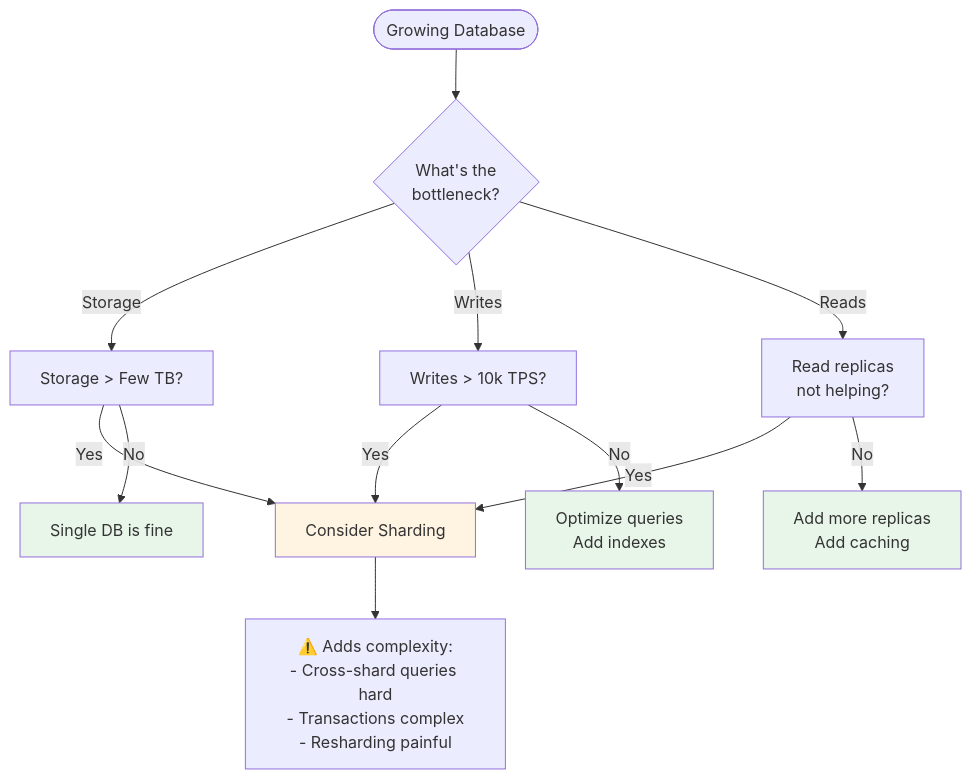
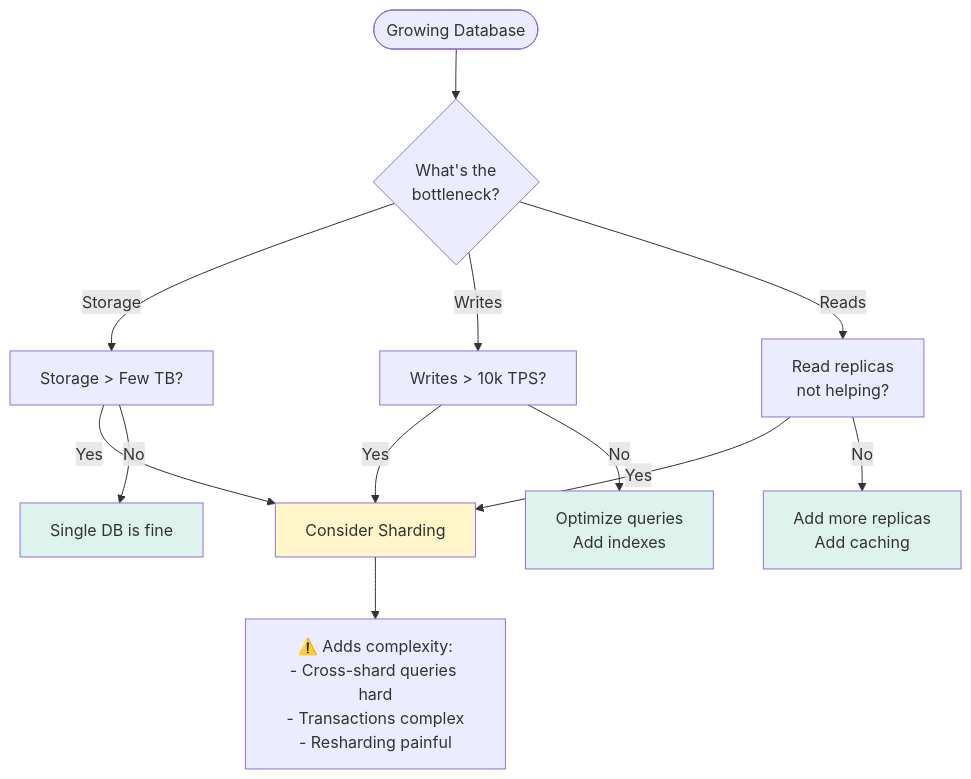
One commit to cartmancodes/InterviewVault changed diagram 15 of 34 in LLD/CoreConcepts/CoreConcepts.md. Above: the diagram before and after it, drawn with Mermaid. The commit also changed other lines of this file and 679 other files, not shown here.

Commit message:
Unify content diagrams and add accessible visual walkthroughs

````diff
--- a/LLD/CoreConcepts/CoreConcepts.md
+++ b/LLD/CoreConcepts/CoreConcepts.md
@@ -547,25 +547,25 @@
 ```mermaid
 graph TB
     Start([Growing Database])
     
     Start --> Q1{What's the<br/>bottleneck?}
     
     Q1 -->|Storage| S1[Storage > Few TB?]
     Q1 -->|Writes| W1[Writes > 10k TPS?]
     Q1 -->|Reads| R1[Read replicas<br/>not helping?]
     
     S1 -->|Yes| SHARD[Consider Sharding]
     W1 -->|Yes| SHARD
     R1 -->|Yes| SHARD
     
     S1 -->|No| OPT1[Single DB is fine]
     W1 -->|No| OPT2[Optimize queries<br/>Add indexes]
     R1 -->|No| OPT3[Add more replicas<br/>Add caching]
     
     SHARD --> WARNING[⚠️ Adds complexity:<br/>- Cross-shard queries hard<br/>- Transactions complex<br/>- Resharding painful]
     
-    style SHARD fill:#fff4e1
-    style OPT1 fill:#e8f5e9
-    style OPT2 fill:#e8f5e9
-    style OPT3 fill:#e8f5e9
+    style SHARD fill:#FFF6C9
+    style OPT1 fill:#DDF3EC
+    style OPT2 fill:#DDF3EC
+    style OPT3 fill:#DDF3EC
 ```
````
